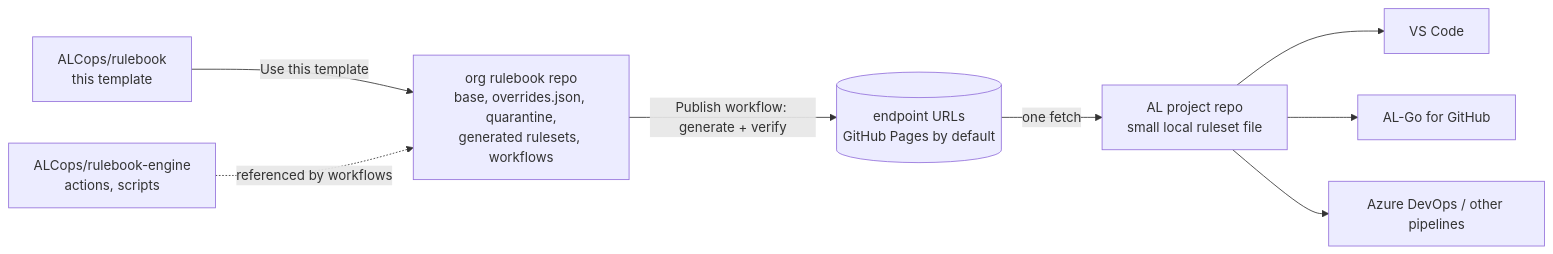
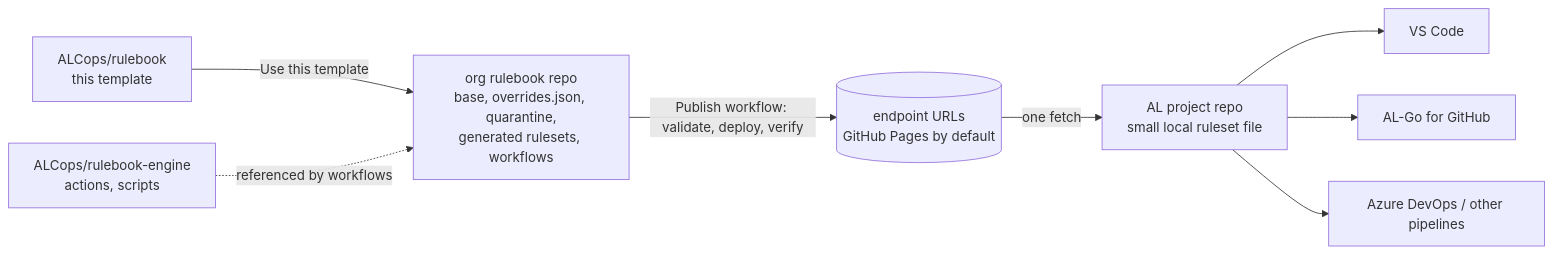
The diagram in README.md (ALCops/rulebook), drawn with Mermaid before and after one commit. The commit also changed other lines of this file and 2 other files, not shown here.

First line of the commit message:
WP05: docs/hosting.md with the GitHub Pages section (#2)

````diff
--- a/README.md
+++ b/README.md
@@ -35,10 +35,10 @@
 ```mermaid
 flowchart LR
     tpl[ALCops/rulebook<br/>this template] -->|Use this template| org[org rulebook repo<br/>base, overrides.json, quarantine,<br/>generated rulesets, workflows]
     eng[ALCops/rulebook-engine<br/>actions, scripts] -.->|referenced by workflows| org
-    org -->|Publish workflow: generate + verify| url[(endpoint URLs<br/>GitHub Pages by default)]
+    org -->|Publish workflow: validate, deploy, verify| url[(endpoint URLs<br/>GitHub Pages by default)]
     url -->|one fetch| proj[AL project repo<br/>small local ruleset file]
     proj --> vscode[VS Code]
     proj --> algo[AL-Go for GitHub]
     proj --> ado[Azure DevOps / other pipelines]
 ```
````
